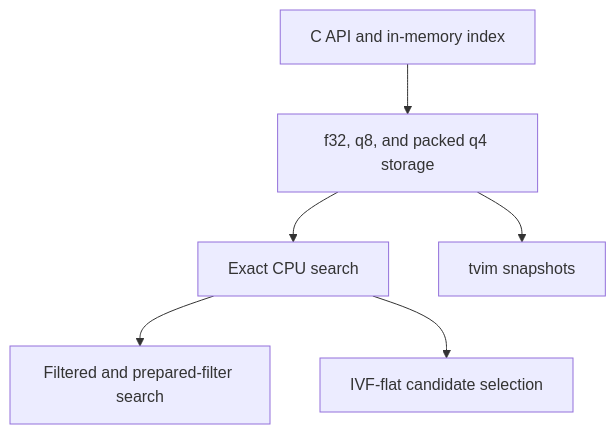
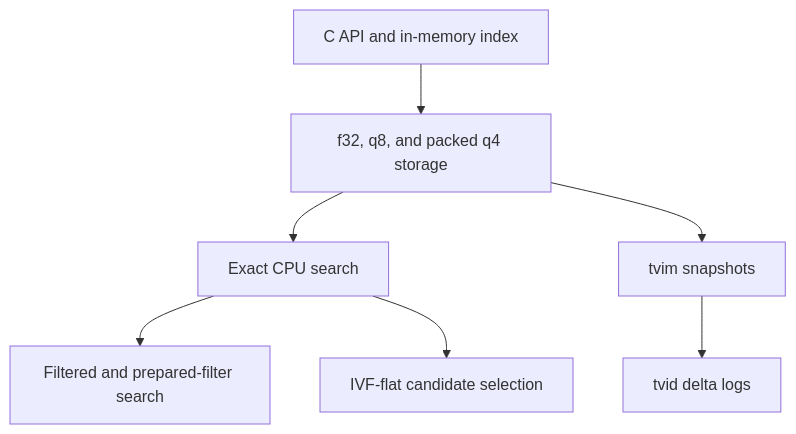
One commit to Zbig9000/qvac-fabric-llm.cpp changed the diagram in docs/vector-index.md. Above: the diagram before and after it, drawn with Mermaid. The commit also changed other lines of this file and 18 other files, not shown here.

````diff
--- a/docs/vector-index.md
+++ b/docs/vector-index.md
@@ -17,8 +17,9 @@
 ```mermaid
 flowchart TD
     api["C API and in-memory index"] --> storage["f32, q8, and packed q4 storage"]
     storage --> exact["Exact CPU search"]
     exact --> filters["Filtered and prepared-filter search"]
     exact --> ivf["IVF-flat candidate selection"]
     storage --> snapshot["tvim snapshots"]
+    snapshot --> delta["tvid delta logs"]
 ```
````
